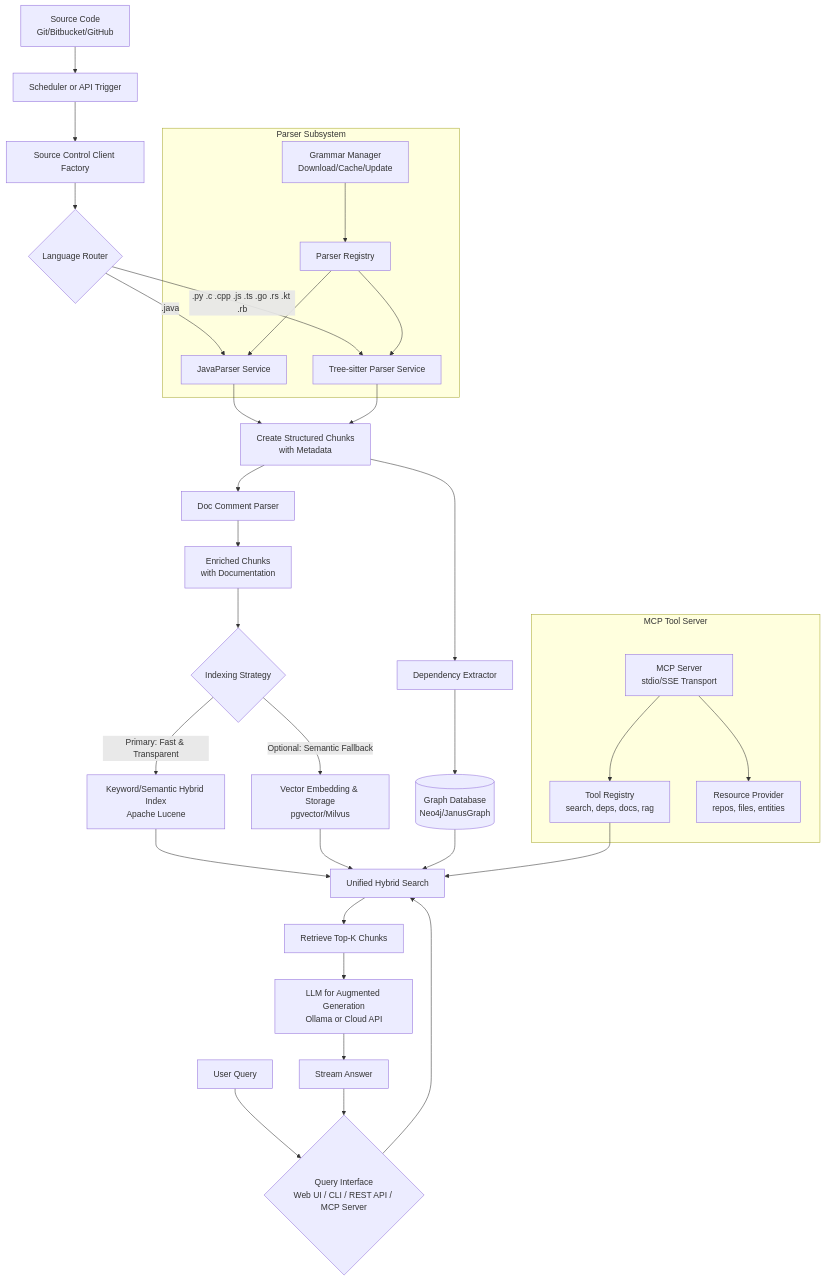
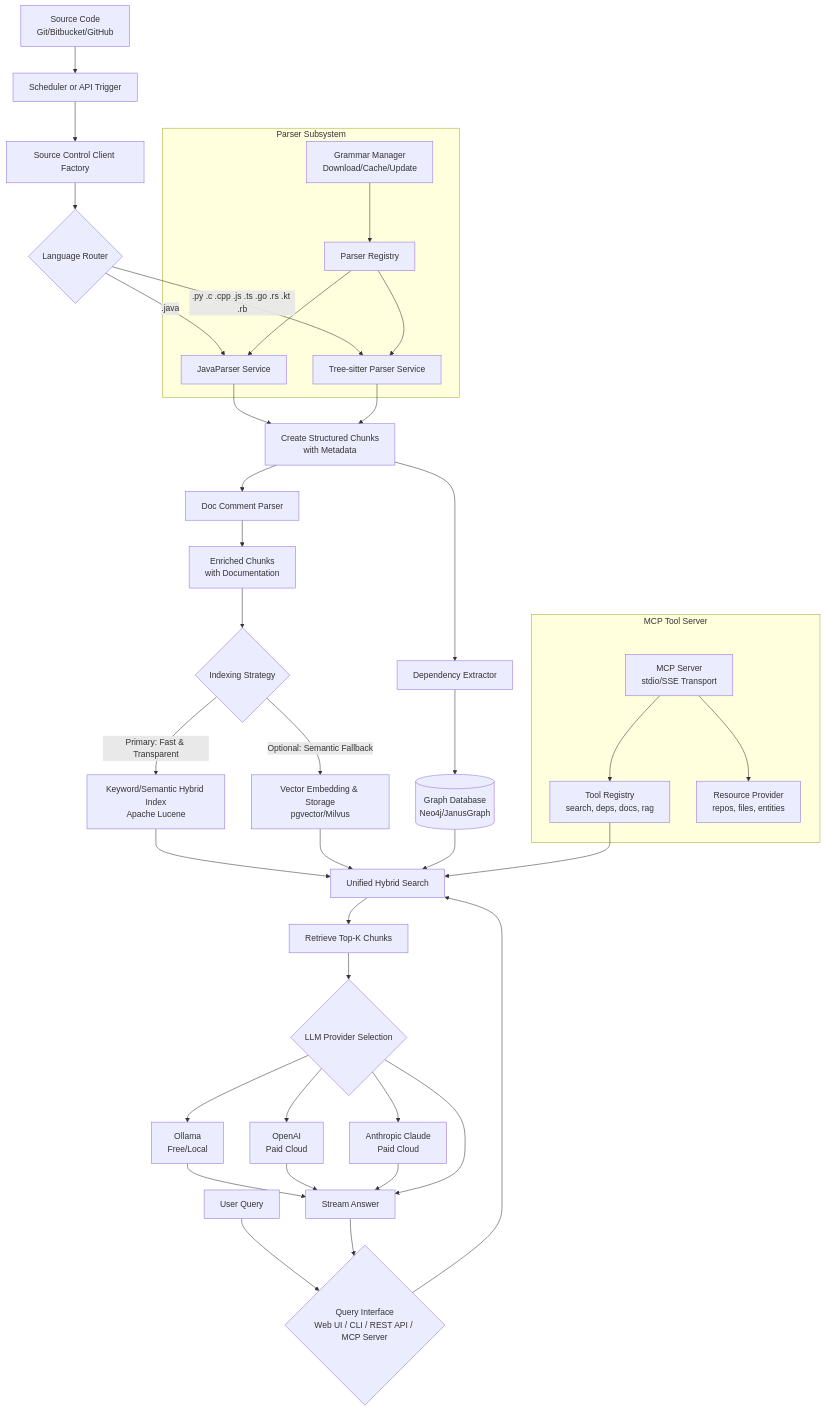
Before and after one commit to olexmal/MegaBrain: the diagram in features/feature_specification.md, drawn with Mermaid. The commit also changed other lines of this file, not shown here.

First line of the commit message:
Enhance feature specification with comprehensive LLM model support documentation

````diff
--- a/features/feature_specification.md
+++ b/features/feature_specification.md
@@ -32,45 +32,49 @@
 ```mermaid
 flowchart TD
     A[Source Code<br>Git/Bitbucket/GitHub] --> B[Scheduler or API Trigger]
     B --> C[Source Control Client Factory]
     C --> D{Language Router}
     
     D --".java"--> E[JavaParser Service]
     D --".py .c .cpp .js .ts .go .rs .kt .rb"--> F[Tree-sitter Parser Service]
     
     subgraph ParserSubsystem[Parser Subsystem]
         PR[Parser Registry] --> E
         PR --> F
         GM[Grammar Manager<br>Download/Cache/Update] --> PR
     end
     
     E & F --> G[Create Structured Chunks<br>with Metadata]
     G --> DE[Dependency Extractor]
     G --> DC[Doc Comment Parser]
     
     DE --> GB[(Graph Database<br>Neo4j/JanusGraph)]
     DC --> G2[Enriched Chunks<br>with Documentation]
     
     G2 --> H{Indexing Strategy}
     
     H --"Primary: Fast & Transparent"--> I[Keyword/Semantic Hybrid Index<br>Apache Lucene]
     H --"Optional: Semantic Fallback"--> J[Vector Embedding & Storage<br>pgvector/Milvus]
     
     K[User Query] --> L{Query Interface<br>Web UI / CLI / REST API / MCP Server}
     L --> M[Unified Hybrid Search]
     I & J --> M
     GB --> M
     M --> N[Retrieve Top-K Chunks]
-    N --> O[LLM for Augmented Generation<br>Ollama or Cloud API]
+    N --> O{LLM Provider Selection}
+    O --> O1[Ollama<br>Free/Local]
+    O --> O2[OpenAI<br>Paid Cloud]
+    O --> O3[Anthropic Claude<br>Paid Cloud]
+    O1 & O2 & O3 --> P[Stream Answer]
     O --> P[Stream Answer]
     P --> L
     
     subgraph MCPInterface[MCP Tool Server]
         MCP_S[MCP Server<br>stdio/SSE Transport]
         MCP_T[Tool Registry<br>search, deps, docs, rag]
         MCP_R[Resource Provider<br>repos, files, entities]
         MCP_S --> MCP_T
         MCP_S --> MCP_R
     end
     MCP_T --> M
 ```
````
